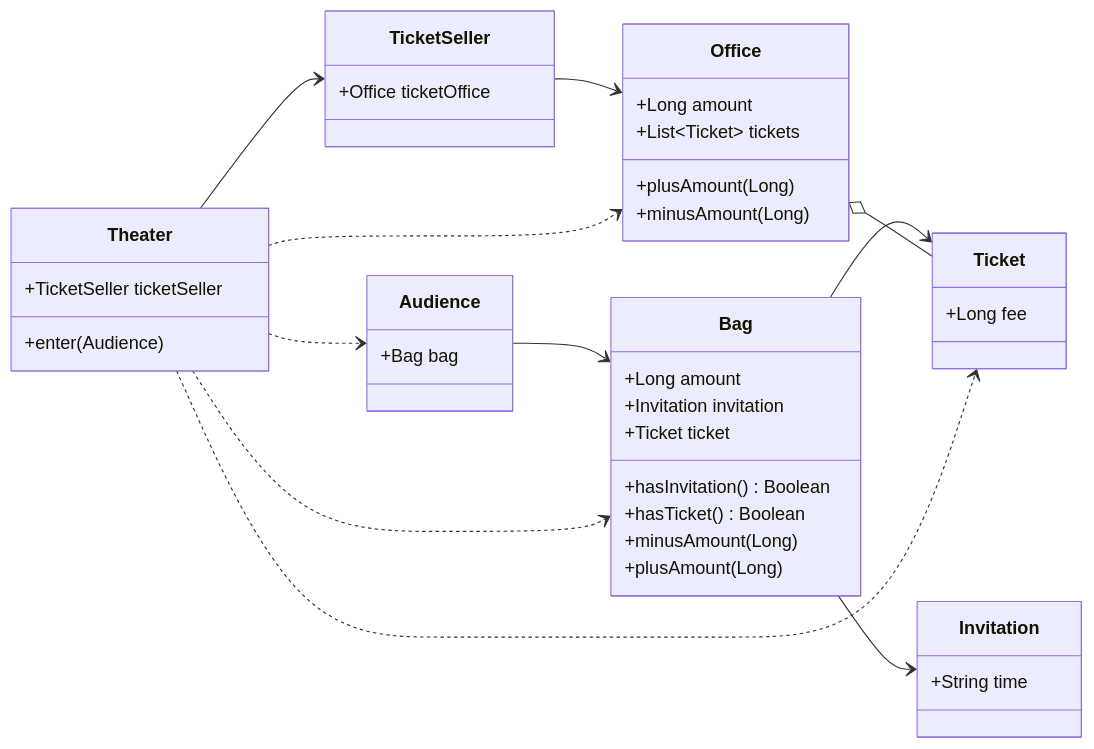
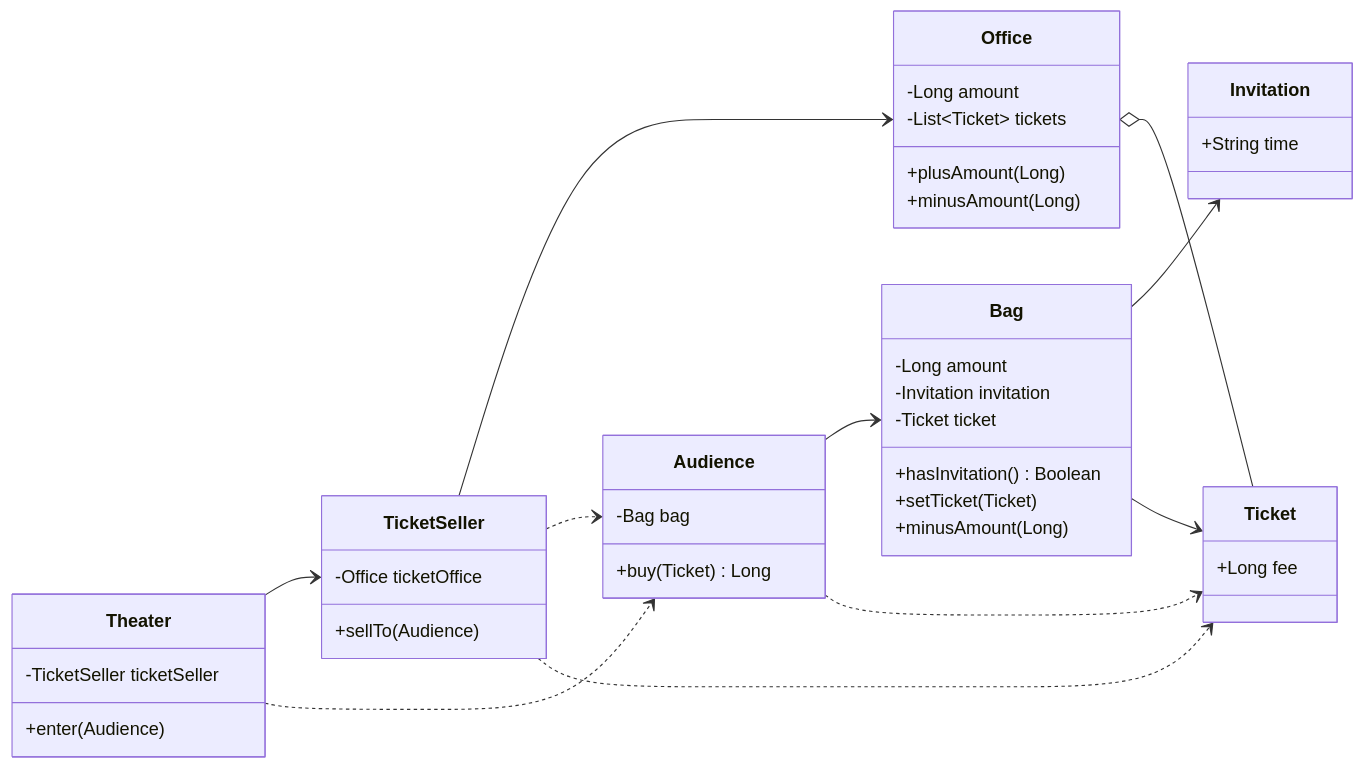
Before and after one commit to lubiksss/ko-test: the diagram in app/src/main/kotlin/ko/test/domain/uml.md, drawn with Mermaid. The commit also changed 2 other files, not shown here.

Commit message:
theater v2

````diff
--- a/app/src/main/kotlin/ko/test/domain/uml.md
+++ b/app/src/main/kotlin/ko/test/domain/uml.md
@@ -1,46 +1,50 @@
 ```mermaid
 classDiagram
     direction LR
     class Audience {
-        +Bag bag
+        -Bag bag
+        +buy(Ticket) Long
     }
+    Audience --> Bag
+    Audience ..> Ticket
+
     class Bag {
-        +Long amount
-        +Invitation invitation
-        +Ticket ticket
+        -Long amount
+        -Invitation invitation
+        -Ticket ticket
         +hasInvitation() Boolean
-        +hasTicket() Boolean
+        +setTicket(Ticket)
         +minusAmount(Long)
-        +plusAmount(Long)
     }
+    Bag --> Invitation
+    Bag --> Ticket
+
     class Office {
-        +Long amount
-        +List~Ticket~ tickets
+        -Long amount
+        -List~Ticket~ tickets
         +plusAmount(Long)
         +minusAmount(Long)
     }
+    Office o-- Ticket
+
     class TicketSeller {
-        +Office ticketOffice
+        -Office ticketOffice
+        +sellTo(Audience)
     }
+    TicketSeller --> Office
+    TicketSeller ..> Audience
+    TicketSeller ..> Ticket
+
     class Invitation {
         +String time
     }
     class Ticket {
         +Long fee
     }
     class Theater {
-        +TicketSeller ticketSeller
+        -TicketSeller ticketSeller
         +enter(Audience)
     }
-    Audience --> Bag
-    Bag --> Invitation
-    Bag --> Ticket
-    Office o-- Ticket
-    TicketSeller --> Office
     Theater --> TicketSeller
     Theater ..> Audience
-    Theater ..> Bag
-    Theater ..> Office
-    Theater ..> Ticket
-
 ```
````
